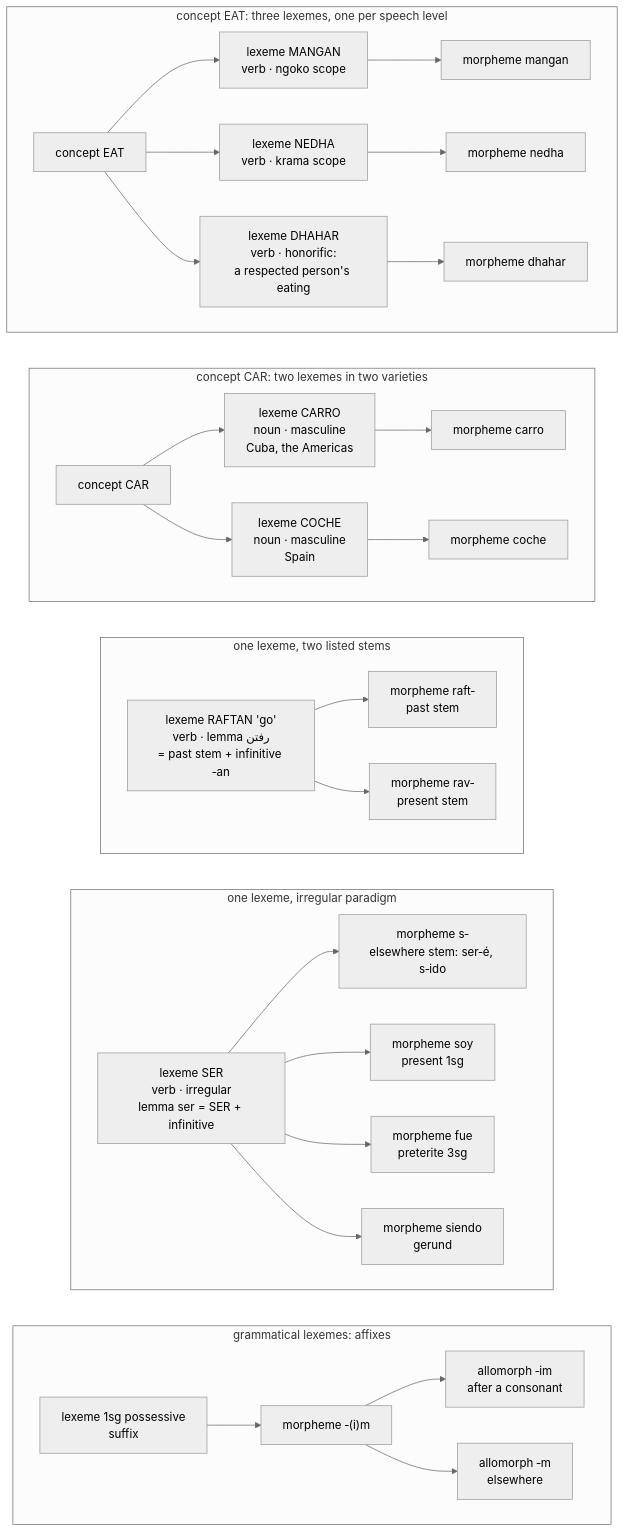
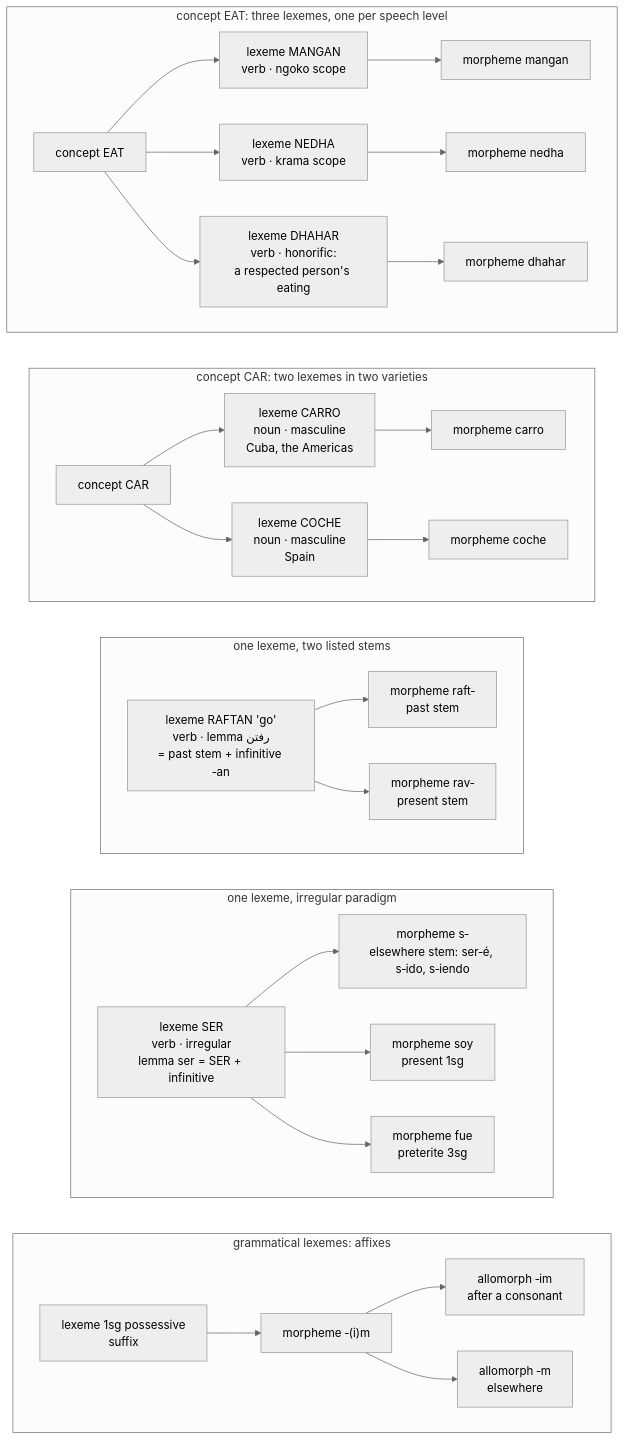
The second of 6 diagrams in docs/lexeme-model.md (iwsfutcmd/nabu), drawn with Mermaid (neutral theme) before and after one commit. The commit also changed 6 other files, not shown here.

````diff
--- a/docs/lexeme-model.md
+++ b/docs/lexeme-model.md
@@ -112,36 +112,35 @@
 ```mermaid
 flowchart TB
   subgraph EATG["concept EAT: three lexemes, one per speech level"]
     direction LR
     C0["concept EAT"] --> L1["lexeme MANGAN<br/>verb · ngoko scope"] --> M1["morpheme mangan"]
     C0 --> L2["lexeme NEDHA<br/>verb · krama scope"] --> M2["morpheme nedha"]
     C0 --> L3["lexeme DHAHAR<br/>verb · honorific:<br/>a respected person's eating"] --> M3["morpheme dhahar"]
   end
   subgraph CARG["concept CAR: two lexemes in two varieties"]
     direction LR
     C1["concept CAR"] --> L7["lexeme CARRO<br/>noun · masculine<br/>Cuba, the Americas"] --> M7["morpheme carro"]
     C1 --> L8["lexeme COCHE<br/>noun · masculine<br/>Spain"] --> M8["morpheme coche"]
   end
   subgraph GOG["one lexeme, two listed stems"]
     direction LR
     L9["lexeme RAFTAN 'go'<br/>verb · lemma رفتن<br/>= past stem + infinitive ‑an"] --> M9a["morpheme raft‑<br/>past stem"]
     L9 --> M9b["morpheme rav‑<br/>present stem"]
   end
   subgraph SERG["one lexeme, irregular paradigm"]
     direction LR
-    L4["lexeme SER<br/>verb · irregular<br/>lemma ser = SER + infinitive"] --> M4a["morpheme s‑<br/>elsewhere stem: ser‑é, s‑ido"]
+    L4["lexeme SER<br/>verb · irregular<br/>lemma ser = SER + infinitive"] --> M4a["morpheme s‑<br/>elsewhere stem: ser‑é, s‑ido, s‑iendo"]
     L4 --> M4b["morpheme soy<br/>present 1sg"]
     L4 --> M4d["morpheme fue<br/>preterite 3sg"]
-    L4 --> M4e["morpheme siendo<br/>gerund"]
   end
   subgraph AFFG["grammatical lexemes: affixes"]
     direction LR
     L6["lexeme 1sg possessive<br/>suffix"] --> M6["morpheme ‑(i)m"]
     M6 --> A6a["allomorph ‑im<br/>after a consonant"]
     M6 --> A6b["allomorph ‑m<br/>elsewhere"]
   end
   EATG ~~~ CARG
   CARG ~~~ GOG
   GOG ~~~ SERG
   SERG ~~~ AFFG
 ```
````
